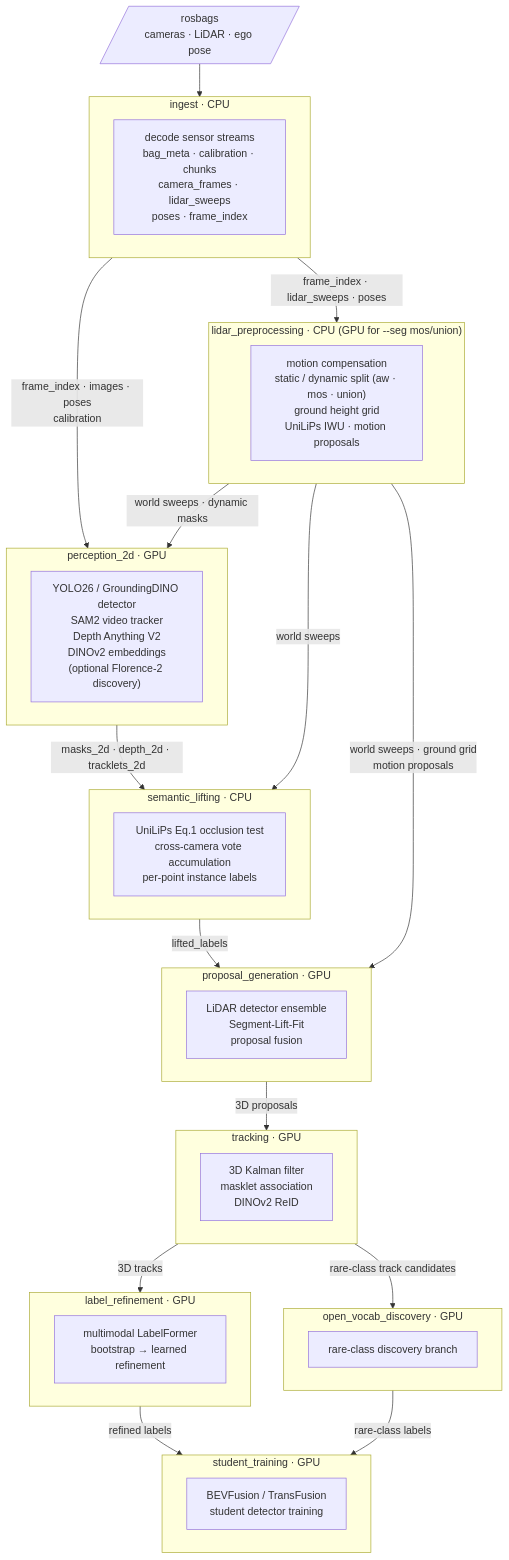
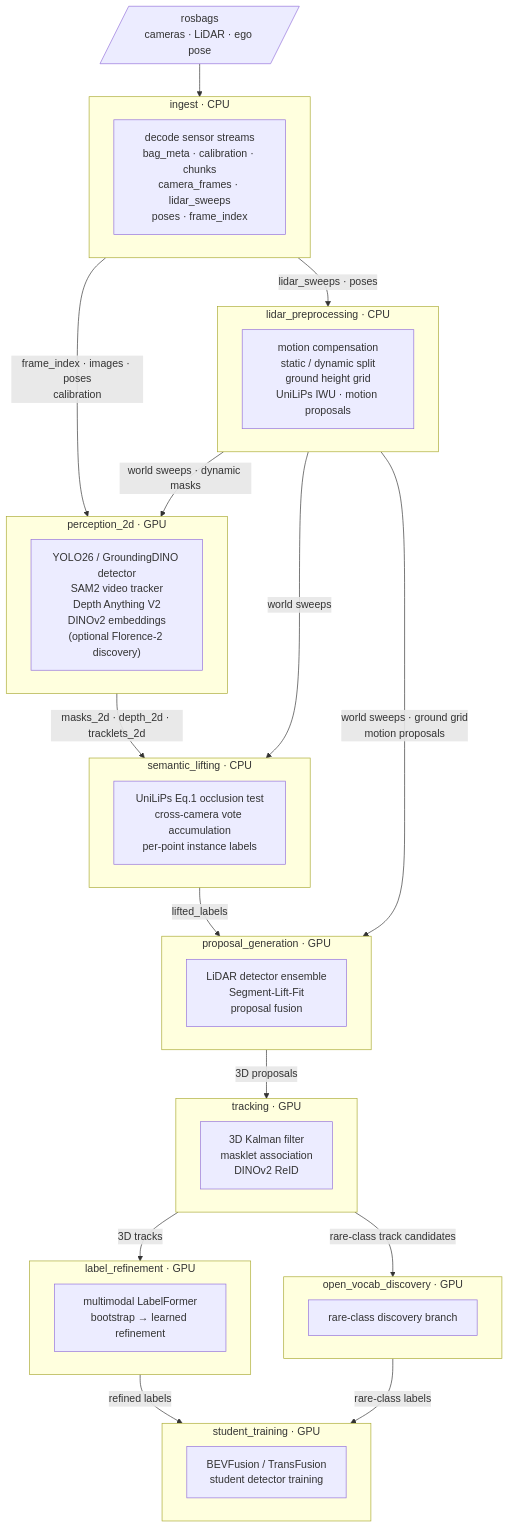
Before and after one commit to WATonomous/wato_world: the diagram in README.md, drawn with Mermaid. The commit also changed other lines of this file and 143 other files, not shown here.

````diff
--- a/README.md
+++ b/README.md
@@ -10,54 +10,54 @@
 ```mermaid
 flowchart TD
     BAG[/"rosbags\ncameras · LiDAR · ego pose"/]
 
     subgraph ingest["ingest  ·  CPU"]
         I["decode sensor streams\nbag_meta · calibration · chunks\ncamera_frames · lidar_sweeps\nposes · frame_index"]
     end
 
-    subgraph lidar_prep["lidar_preprocessing  ·  CPU (GPU for --seg mos/union)"]
-        LP["motion compensation\nstatic / dynamic split (aw · mos · union)\nground height grid\nUniLiPs IWU · motion proposals"]
+    subgraph lidar_prep["lidar_preprocessing  ·  CPU"]
+        LP["motion compensation\nstatic / dynamic split\nground height grid\nUniLiPs IWU · motion proposals"]
     end
 
     subgraph perception_2d["perception_2d  ·  GPU"]
         P2["YOLO26 / GroundingDINO detector\nSAM2 video tracker\nDepth Anything V2\nDINOv2 embeddings\n(optional Florence-2 discovery)"]
     end
 
     subgraph semantic_lifting["semantic_lifting  ·  CPU"]
         SL["UniLiPs Eq.1 occlusion test\ncross-camera vote accumulation\nper-point instance labels"]
     end
 
     subgraph proposal_gen["proposal_generation  ·  GPU"]
         PG["LiDAR detector ensemble\nSegment-Lift-Fit\nproposal fusion"]
     end
 
     subgraph tracking["tracking  ·  GPU"]
         TR["3D Kalman filter\nmasklet association\nDINOv2 ReID"]
     end
 
     subgraph label_ref["label_refinement  ·  GPU"]
         LR["multimodal LabelFormer\nbootstrap → learned refinement"]
     end
 
     subgraph ovd["open_vocab_discovery  ·  GPU"]
         OV["rare-class discovery branch"]
     end
 
     subgraph student["student_training  ·  GPU"]
         ST["BEVFusion / TransFusion\nstudent detector training"]
     end
 
     BAG --> ingest
     ingest -- "frame_index · images · poses\ncalibration" --> perception_2d
-    ingest -- "frame_index · lidar_sweeps · poses" --> lidar_prep
+    ingest -- "lidar_sweeps · poses" --> lidar_prep
     lidar_prep -- "world sweeps · dynamic masks" --> perception_2d
     lidar_prep -- "world sweeps" --> semantic_lifting
     perception_2d -- "masks_2d · depth_2d · tracklets_2d" --> semantic_lifting
     semantic_lifting -- "lifted_labels" --> proposal_gen
     lidar_prep -- "world sweeps · ground grid\nmotion proposals" --> proposal_gen
     proposal_gen -- "3D proposals" --> tracking
     tracking -- "3D tracks" --> label_ref
     tracking -- "rare-class track candidates" --> ovd
     label_ref -- "refined labels" --> student
     ovd -- "rare-class labels" --> student
 ```
````
